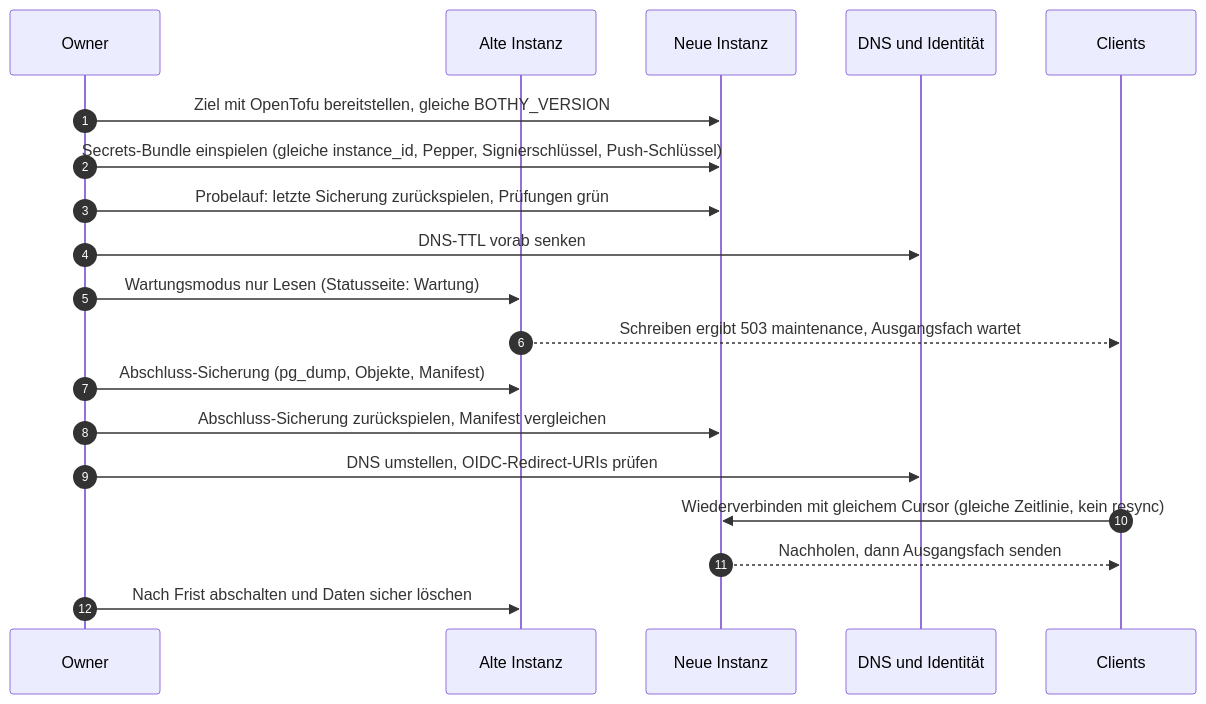
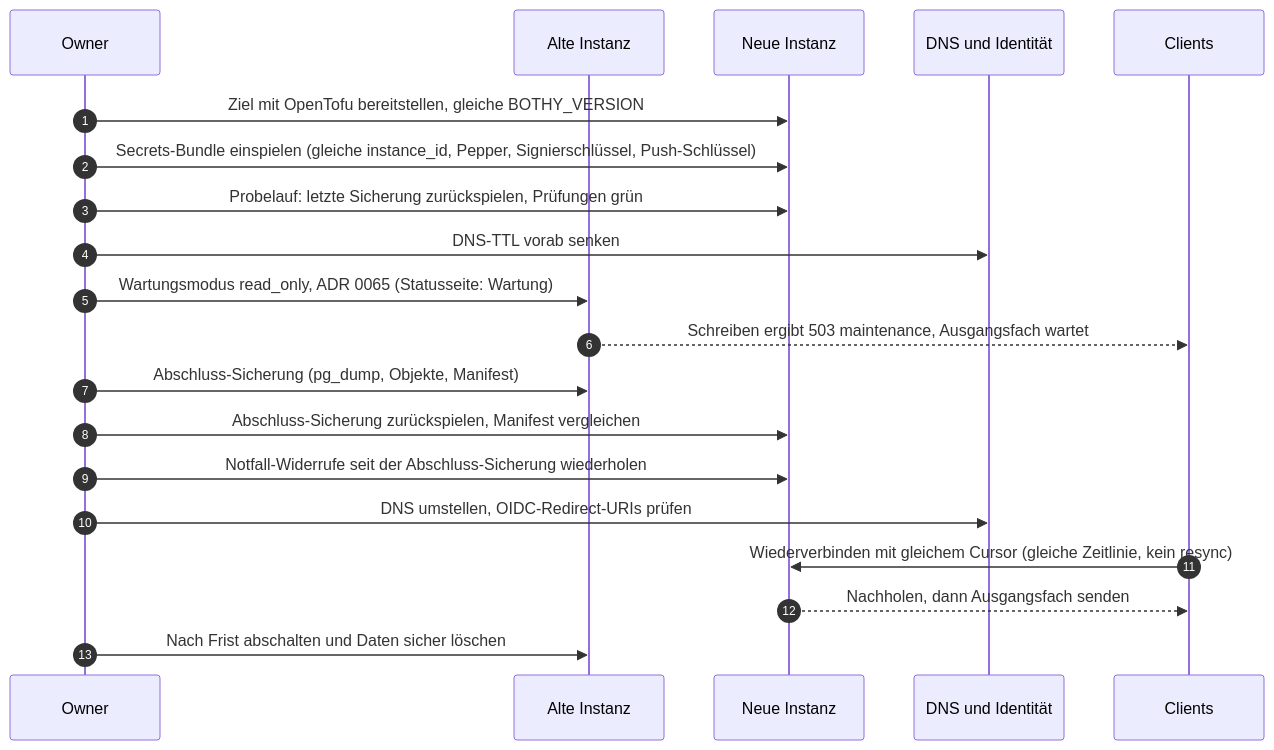
Before and after one commit to mguttmann/bothy: the diagram in docs/operations/diagrams/cloud-migration.mmd, drawn with Mermaid. The commit also changed 33 other files, not shown here.

```diff
--- a/docs/operations/diagrams/cloud-migration.mmd
+++ b/docs/operations/diagrams/cloud-migration.mmd
@@ -1,19 +1,20 @@
 sequenceDiagram
     autonumber
     participant O as Owner
     participant A as Alte Instanz
     participant N as Neue Instanz
     participant D as DNS und Identität
     participant C as Clients
     O->>N: Ziel mit OpenTofu bereitstellen, gleiche BOTHY_VERSION
     O->>N: Secrets-Bundle einspielen (gleiche instance_id, Pepper, Signierschlüssel, Push-Schlüssel)
     O->>N: Probelauf: letzte Sicherung zurückspielen, Prüfungen grün
     O->>D: DNS-TTL vorab senken
-    O->>A: Wartungsmodus nur Lesen (Statusseite: Wartung)
+    O->>A: Wartungsmodus read_only, ADR 0065 (Statusseite: Wartung)
     A-->>C: Schreiben ergibt 503 maintenance, Ausgangsfach wartet
     O->>A: Abschluss-Sicherung (pg_dump, Objekte, Manifest)
     O->>N: Abschluss-Sicherung zurückspielen, Manifest vergleichen
+    O->>N: Notfall-Widerrufe seit der Abschluss-Sicherung wiederholen
     O->>D: DNS umstellen, OIDC-Redirect-URIs prüfen
     C->>N: Wiederverbinden mit gleichem Cursor (gleiche Zeitlinie, kein resync)
     N-->>C: Nachholen, dann Ausgangsfach senden
     O->>A: Nach Frist abschalten und Daten sicher löschen
```
